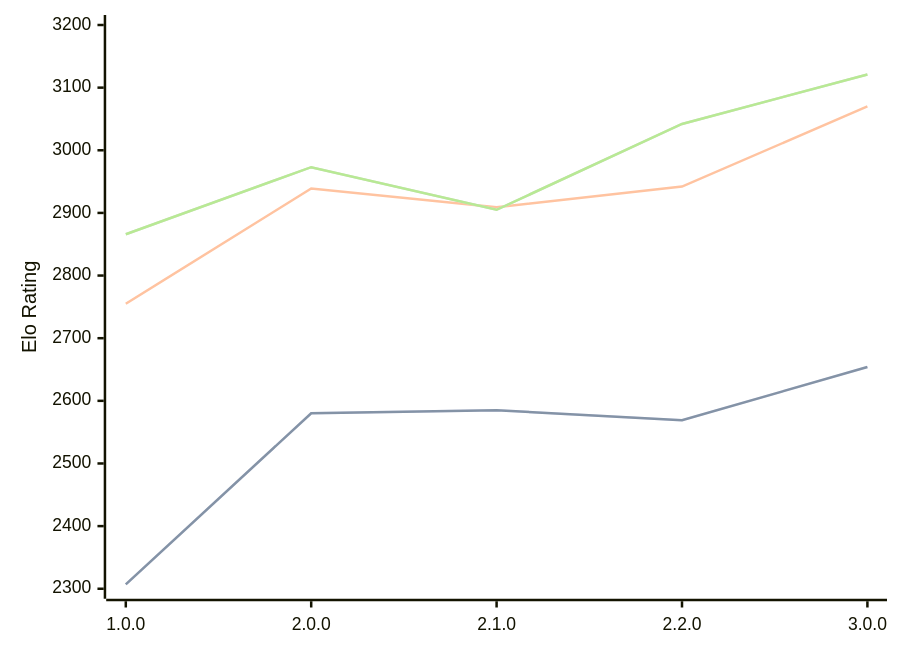
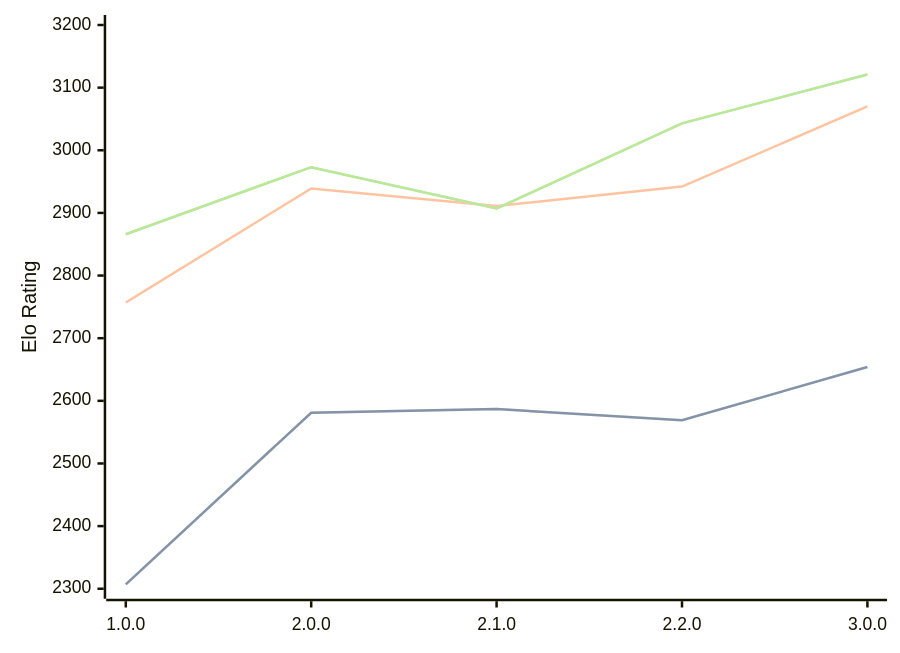
The diagram in engines/Catalyst.md (computer-chess-index/cci), drawn with Mermaid before and after one commit. The commit also changed other lines of this file, not shown here.

Commit message:
Update CCI Ratings (ELO VLTC) - 2026-05-22

````diff
--- a/engines/Catalyst.md
+++ b/engines/Catalyst.md
@@ -35,11 +35,11 @@
 ```mermaid
 %%{init: {"theme":"base","themeVariables":{"seriesColors:['#a3a3a3','#222221','#faa371']}}}%%
 xychart-beta
   x-axis ["1.0.0", "2.0.0", "2.1.0", "2.2.0", "3.0.0"]
   y-axis "Elo Rating" 2300 --> 3200
-  line "STC (8.0+0.08s)" [2307, 2580, 2585, 2569, 2654]
-  line "STC (8.0+0.08s)" [2307, 2580, 2585, 2569, 2654]
-  line "LTC (60.0+0.60s)" [2755, 2939, 2909, 2942, 3070]
-  line "VLTC (2m24s+1.12s)" [2866, 2973, 2905, 3042, 3121]
-  line "VLTC (2m24s+1.12s)" [2866, 2973, 2905, 3042, 3121]
+  line "STC (8.0+0.08s)" [2307, 2581, 2587, 2569, 2654]
+  line "STC (8.0+0.08s)" [2307, 2581, 2587, 2569, 2654]
+  line "LTC (60.0+0.60s)" [2757, 2939, 2911, 2942, 3070]
+  line "VLTC (2m24s+1.12s)" [2866, 2973, 2907, 3043, 3121]
+  line "VLTC (2m24s+1.12s)" [2866, 2973, 2907, 3043, 3121]
 ```
````
